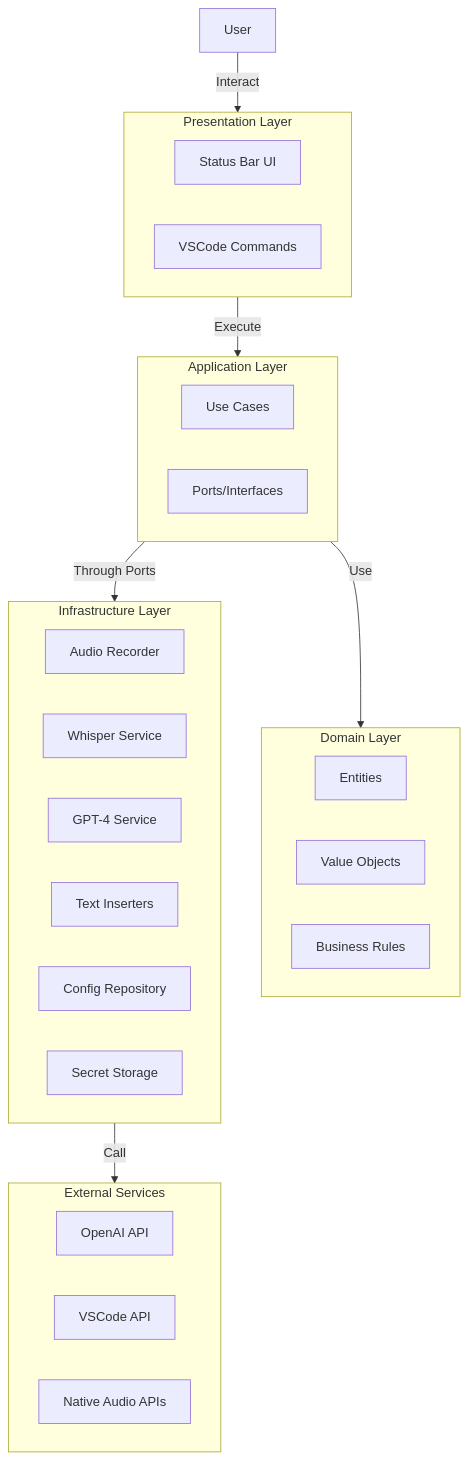
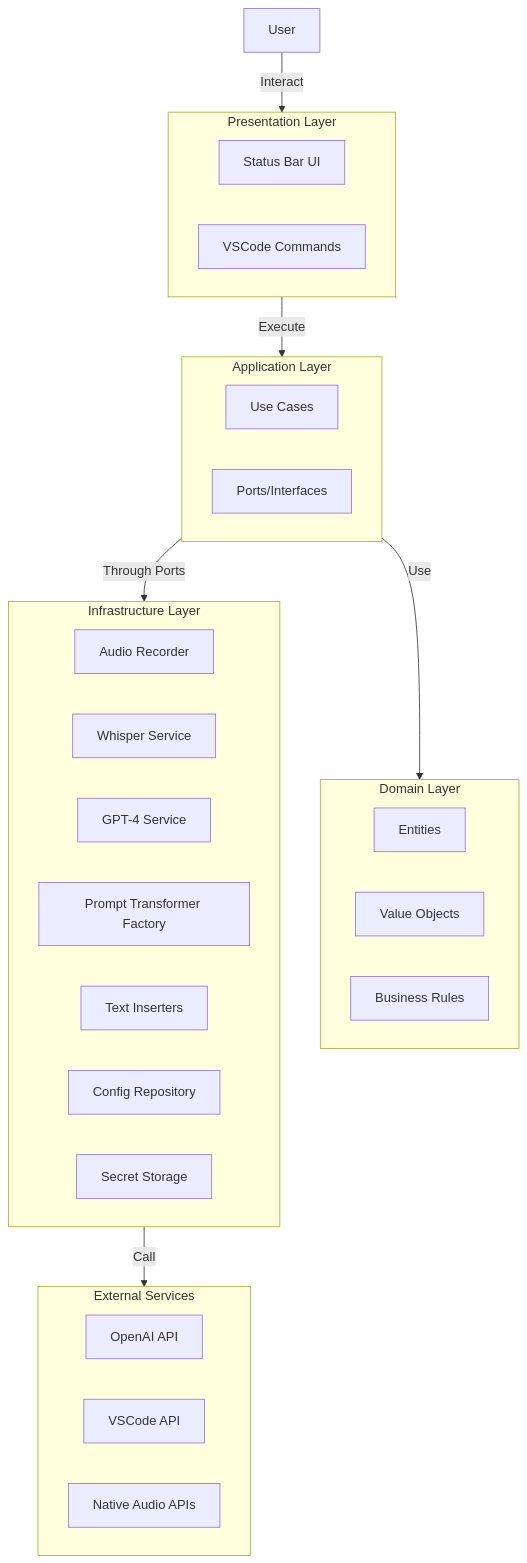
Before and after one commit to vypdev/cursor-whisper: the first of 4 diagrams in docs/architecture/overview.md, drawn with Mermaid. The commit also changed other lines of this file and 35 other files, not shown here.

First line of the commit message:
Enhance Cursor Whisper extension with multi-provider support for prompt transformation

````diff
--- a/docs/architecture/overview.md
+++ b/docs/architecture/overview.md
@@ -31,41 +31,42 @@
 ```mermaid
 flowchart TB
     User[User]
     
     subgraph Presentation["Presentation Layer"]
         StatusBar[Status Bar UI]
         Commands[VSCode Commands]
     end
     
     subgraph Application["Application Layer"]
         UseCases[Use Cases]
         Ports[Ports/Interfaces]
     end
     
     subgraph Domain["Domain Layer"]
         Entities[Entities]
         ValueObjects[Value Objects]
         BusinessRules[Business Rules]
     end
     
     subgraph Infrastructure["Infrastructure Layer"]
         AudioAdapter[Audio Recorder]
         WhisperAdapter[Whisper Service]
         GPTAdapter[GPT-4 Service]
+        ProviderFactory[Prompt Transformer Factory]
         InsertionAdapters[Text Inserters]
         ConfigAdapter[Config Repository]
         StorageAdapter[Secret Storage]
     end
     
     subgraph External["External Services"]
         OpenAI[OpenAI API]
         VSCodeAPI[VSCode API]
         NativeAudio[Native Audio APIs]
     end
     
     User -->|Interact| Presentation
     Presentation -->|Execute| Application
     Application -->|Use| Domain
     Application -->|Through Ports| Infrastructure
     Infrastructure -->|Call| External
 ```
````
